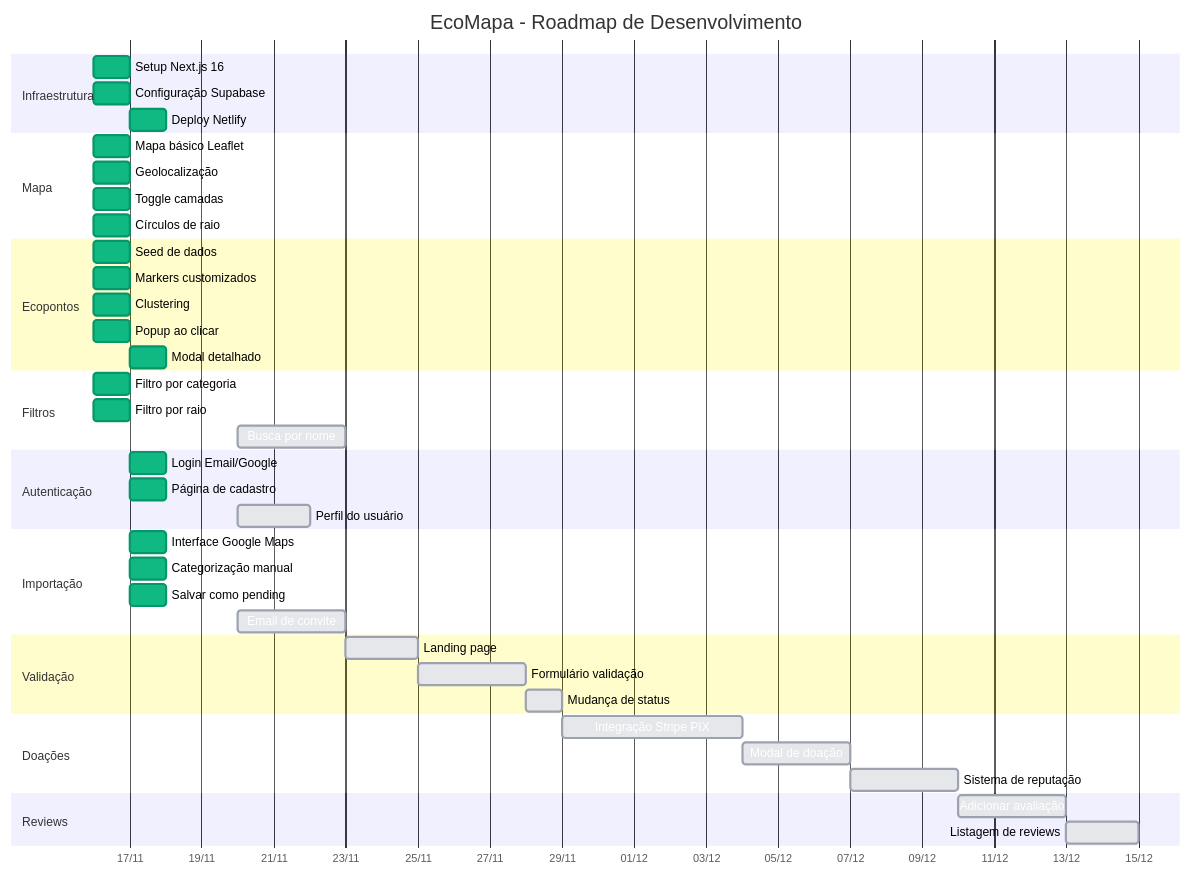
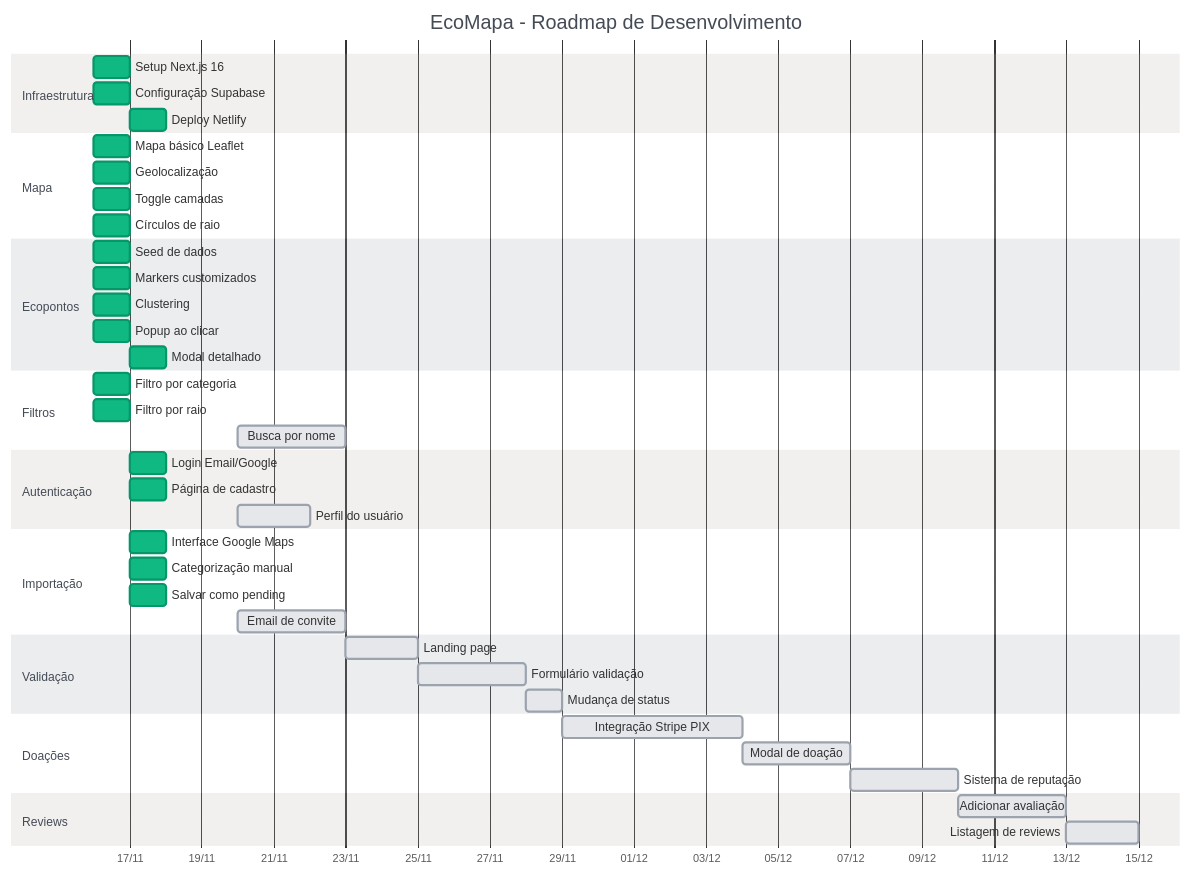
One commit to julioholon/ecomapa changed the diagram in TODO.md. Above: the diagram before and after it, drawn with Mermaid.

Commit message:
Change Mermaid theme from 'default' to 'base'

````diff
--- a/TODO.md
+++ b/TODO.md
@@ -1172,67 +1172,67 @@
 ```mermaid
 %%{init: {
-  'theme': 'default',
+  'theme': 'base',
   'themeVariables': {
     'primaryColor': '#9ca3af',
     'primaryBorderColor': '#6b7280',
     'doneTaskBkgColor': '#10b981',
     'doneTaskBorderColor': '#059669',
     'activeTaskBkgColor': '#3b82f6',
     'activeTaskBorderColor': '#2563eb',
     'taskBkgColor': '#e5e7eb',
     'taskBorderColor': '#9ca3af'
   }
 }}%%
 gantt
     title EcoMapa - Roadmap de Desenvolvimento
     dateFormat  YYYY-MM-DD
     axisFormat %d/%m
 
     section Infraestrutura
     Setup Next.js 16           :done, infra1, 2024-11-16, 1d
     Configuração Supabase      :done, infra2, 2024-11-16, 1d
     Deploy Netlify             :done, infra3, 2024-11-17, 1d
 
     section Mapa
     Mapa básico Leaflet        :done, map1, 2024-11-16, 1d
     Geolocalização             :done, map2, 2024-11-16, 1d
     Toggle camadas             :done, map3, 2024-11-16, 1d
     Círculos de raio           :done, map4, 2024-11-16, 1d
 
     section Ecopontos
     Seed de dados              :done, point1, 2024-11-16, 1d
     Markers customizados       :done, point2, 2024-11-16, 1d
     Clustering                 :done, point3, 2024-11-16, 1d
     Popup ao clicar            :done, point4, 2024-11-16, 1d
     Modal detalhado            :done, point5, 2024-11-17, 1d
 
     section Filtros
     Filtro por categoria       :done, filter1, 2024-11-16, 1d
     Filtro por raio            :done, filter2, 2024-11-16, 1d
     Busca por nome             :filter3, 2024-11-20, 3d
 
     section Autenticação
     Login Email/Google         :done, auth1, 2024-11-17, 1d
     Página de cadastro         :done, auth2, 2024-11-17, 1d
     Perfil do usuário          :auth3, 2024-11-20, 2d
 
     section Importação
     Interface Google Maps      :done, import1, 2024-11-17, 1d
     Categorização manual       :done, import2, 2024-11-17, 1d
     Salvar como pending        :done, import3, 2024-11-17, 1d
     Email de convite           :import4, 2024-11-20, 3d
 
     section Validação
     Landing page               :valid1, 2024-11-23, 2d
     Formulário validação       :valid2, 2024-11-25, 3d
     Mudança de status          :valid3, 2024-11-28, 1d
 
     section Doações
     Integração Stripe PIX      :donation1, 2024-11-29, 5d
     Modal de doação            :donation2, 2024-12-04, 3d
     Sistema de reputação       :donation3, 2024-12-07, 3d
 
     section Reviews
     Adicionar avaliação        :review1, 2024-12-10, 3d
     Listagem de reviews        :review2, 2024-12-13, 2d
 ```
````
